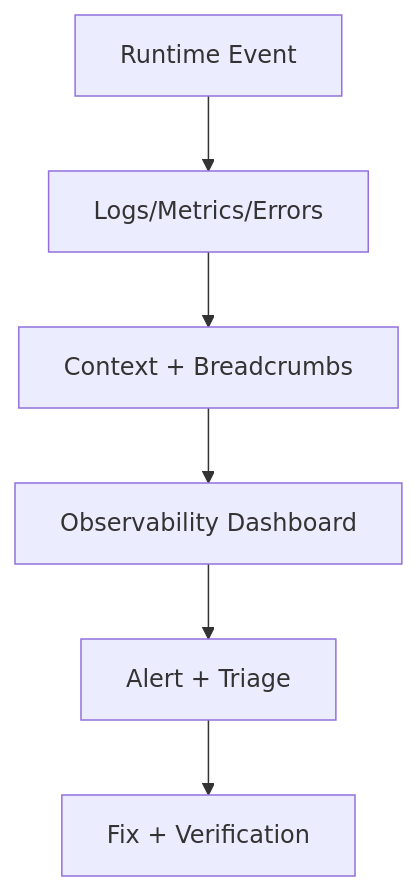
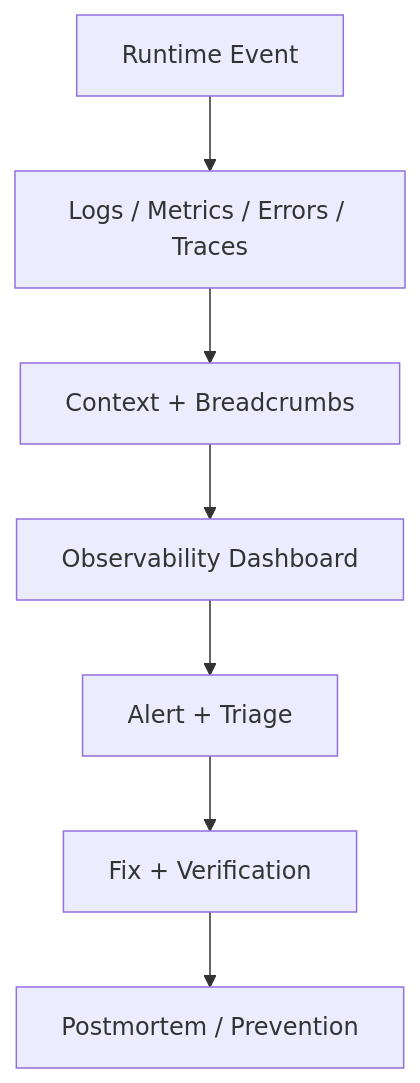
One commit to kaushalkumar8459/CodingTerminal-Tutorial-Notes changed the diagram in tutorial-platform/public/tutorials/react/day-091-observability-and-error-monitoring.md. Above: the diagram before and after it, drawn with Mermaid. The commit also changed other lines of this file, not shown here.

````diff
--- a/tutorial-platform/public/tutorials/react/day-091-observability-and-error-monitoring.md
+++ b/tutorial-platform/public/tutorials/react/day-091-observability-and-error-monitoring.md
@@ -175,8 +182,9 @@
 ```mermaid
 flowchart TD
-		A[Runtime Event] --> B[Logs/Metrics/Errors]
+		A[Runtime Event] --> B[Logs / Metrics / Errors / Traces]
 		B --> C[Context + Breadcrumbs]
 		C --> D[Observability Dashboard]
 		D --> E[Alert + Triage]
 		E --> F[Fix + Verification]
+		F --> G[Postmortem / Prevention]
 ```
````
